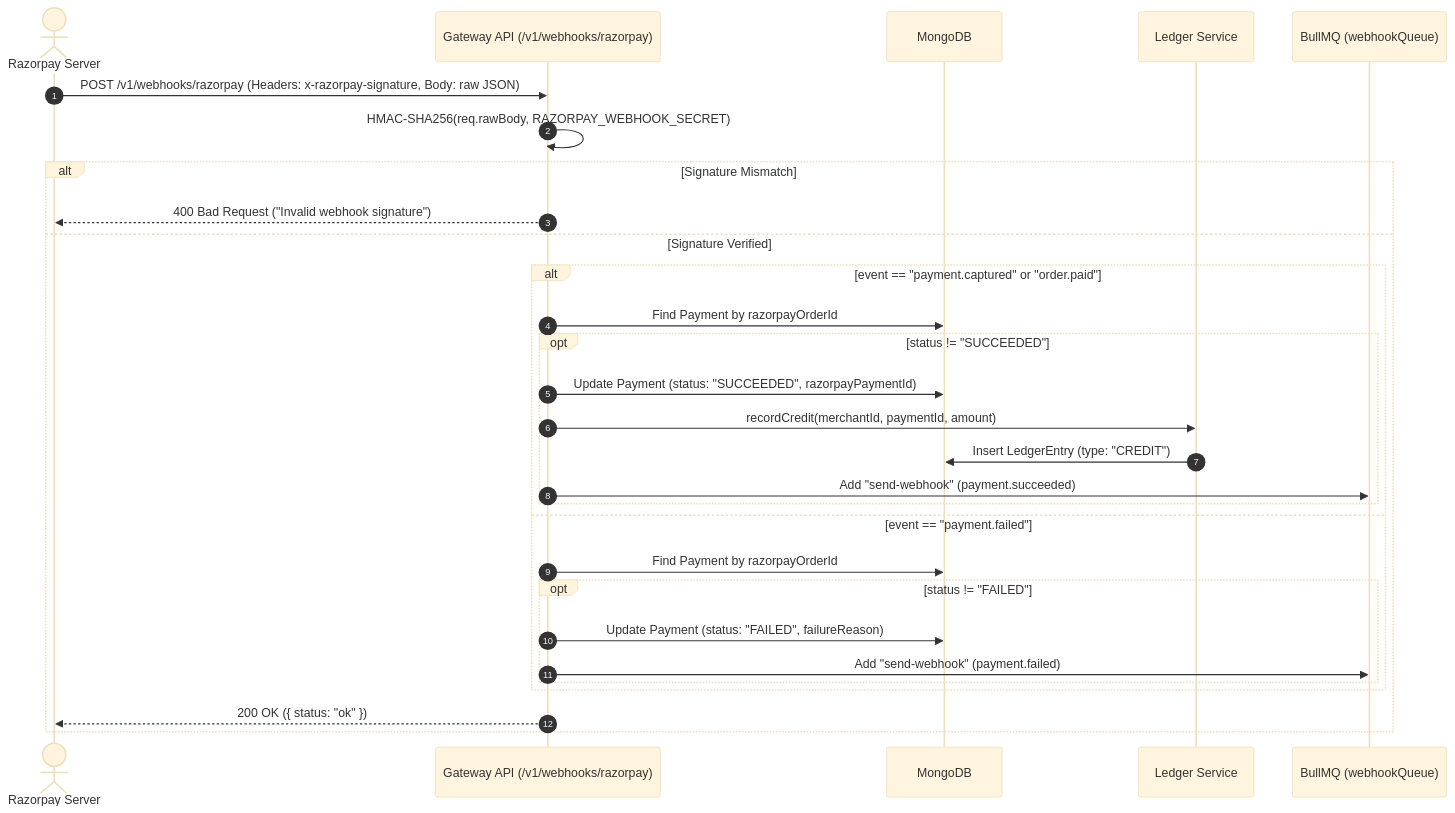
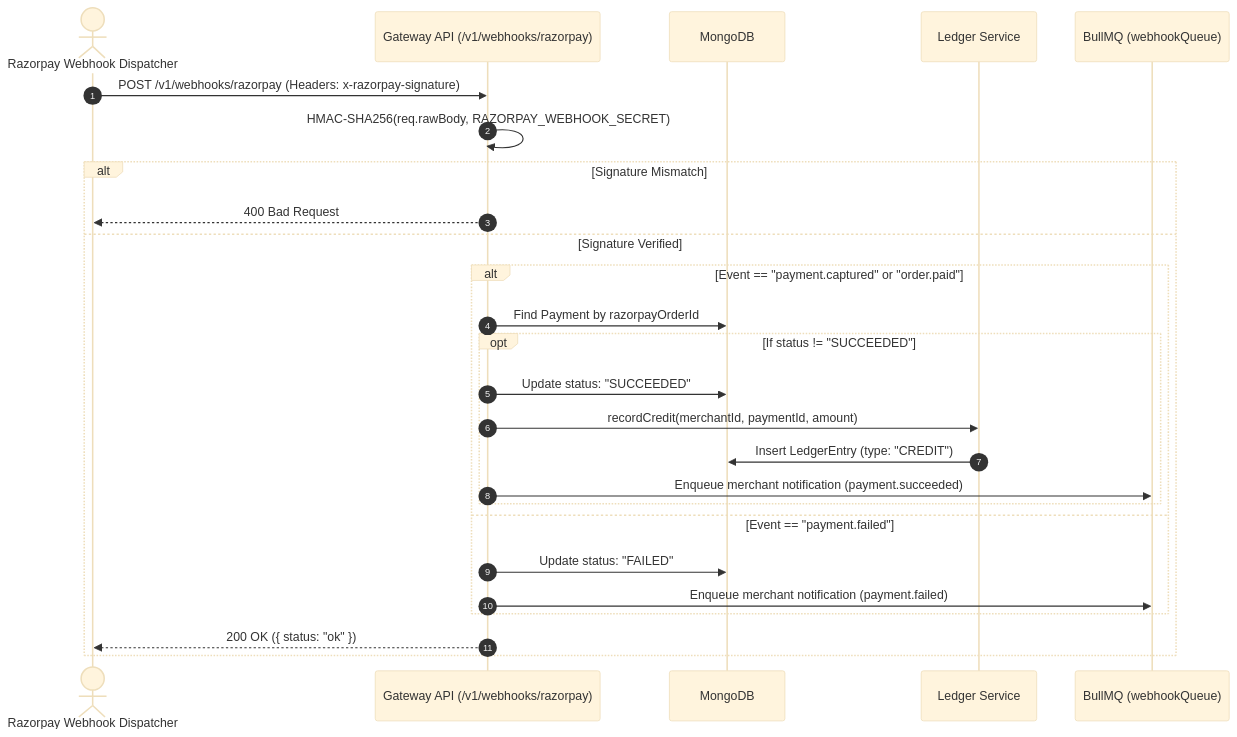
One commit to buildwithrishabh/Event-Driven-Payment-Gateway changed the fifth of 10 diagrams in ARCHITECTURE.md. Above: the diagram before and after it, drawn with Mermaid (base theme). The commit also changed other lines of this file and 3 other files, not shown here.

Commit message:
docs & devops: recreate architecture and readme docs, add docker setup

````diff
--- a/ARCHITECTURE.md
+++ b/ARCHITECTURE.md
@@ -509,32 +487,29 @@
 ```mermaid
 sequenceDiagram
     autonumber
-    actor Razorpay as Razorpay Server
-    participant WebhookAPI as Gateway API (/v1/webhooks/razorpay)
+    actor RazorpayServer as Razorpay Webhook Dispatcher
+    participant WebhookRoute as Gateway API (/v1/webhooks/razorpay)
     participant Mongo as MongoDB
     participant Ledger as Ledger Service
     participant Queue as BullMQ (webhookQueue)
 
-    Razorpay->>WebhookAPI: POST /v1/webhooks/razorpay (Headers: x-razorpay-signature, Body: raw JSON)
-    WebhookAPI->>WebhookAPI: HMAC-SHA256(req.rawBody, RAZORPAY_WEBHOOK_SECRET)
+    RazorpayServer->>WebhookRoute: POST /v1/webhooks/razorpay (Headers: x-razorpay-signature)
+    WebhookRoute->>WebhookRoute: HMAC-SHA256(req.rawBody, RAZORPAY_WEBHOOK_SECRET)
     alt Signature Mismatch
-        WebhookAPI-->>Razorpay: 400 Bad Request ("Invalid webhook signature")
+        WebhookRoute-->>RazorpayServer: 400 Bad Request
     else Signature Verified
-        alt event == "payment.captured" or "order.paid"
-            WebhookAPI->>Mongo: Find Payment by razorpayOrderId
-            opt status != "SUCCEEDED"
-                WebhookAPI->>Mongo: Update Payment (status: "SUCCEEDED", razorpayPaymentId)
-                WebhookAPI->>Ledger: recordCredit(merchantId, paymentId, amount)
+        alt Event == "payment.captured" or "order.paid"
+            WebhookRoute->>Mongo: Find Payment by razorpayOrderId
+            opt If status != "SUCCEEDED"
+                WebhookRoute->>Mongo: Update status: "SUCCEEDED"
+                WebhookRoute->>Ledger: recordCredit(merchantId, paymentId, amount)
                 Ledger->>Mongo: Insert LedgerEntry (type: "CREDIT")
-                WebhookAPI->>Queue: Add "send-webhook" (payment.succeeded)
+                WebhookRoute->>Queue: Enqueue merchant notification (payment.succeeded)
             end
-        else event == "payment.failed"
-            WebhookAPI->>Mongo: Find Payment by razorpayOrderId
-            opt status != "FAILED"
-                WebhookAPI->>Mongo: Update Payment (status: "FAILED", failureReason)
-                WebhookAPI->>Queue: Add "send-webhook" (payment.failed)
-            end
+        else Event == "payment.failed"
+            WebhookRoute->>Mongo: Update status: "FAILED"
+            WebhookRoute->>Queue: Enqueue merchant notification (payment.failed)
         end
-        WebhookAPI-->>Razorpay: 200 OK ({ status: "ok" })
+        WebhookRoute-->>RazorpayServer: 200 OK ({ status: "ok" })
     end
 ```
````
